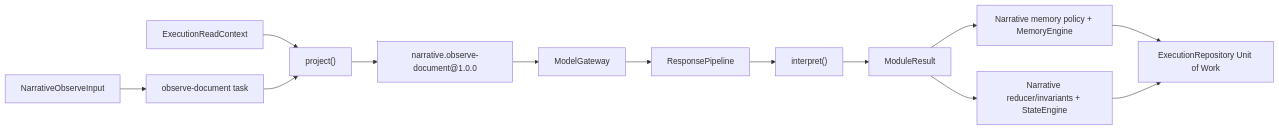
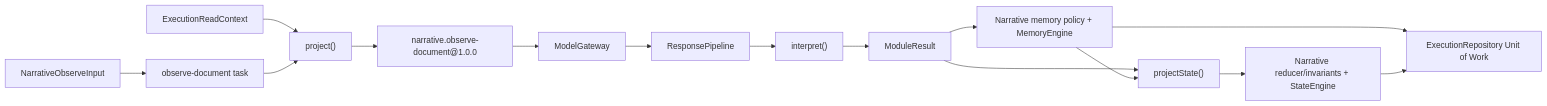
Before and after one commit to zackemannen81/acme-engine: the diagram in docs/design/narrative-module-build-and-test-plan.md, drawn with Mermaid. The commit also changed other lines of this file and 17 other files, not shown here.

````diff
--- a/docs/design/narrative-module-build-and-test-plan.md
+++ b/docs/design/narrative-module-build-and-test-plan.md
@@ -65,15 +65,17 @@
 ```mermaid
 flowchart LR
   request["NarrativeObserveInput"] --> task["observe-document task"]
   context["ExecutionReadContext<NarrativeState>"] --> project["project()"]
   task --> project
   project --> contract["narrative.observe-document@1.0.0"]
   contract --> gateway["ModelGateway"]
   gateway --> pipeline["ResponsePipeline"]
   pipeline --> interpret["interpret()"]
   interpret --> result["ModuleResult<NarrativeDelta>"]
   result --> memory["Narrative memory policy + MemoryEngine"]
-  result --> state["Narrative reducer/invariants + StateEngine"]
+  result --> projection["projectState()"]
+  memory --> projection
+  projection --> state["Narrative reducer/invariants + StateEngine"]
   memory --> commit["ExecutionRepository Unit of Work"]
   state --> commit
 ```
````
